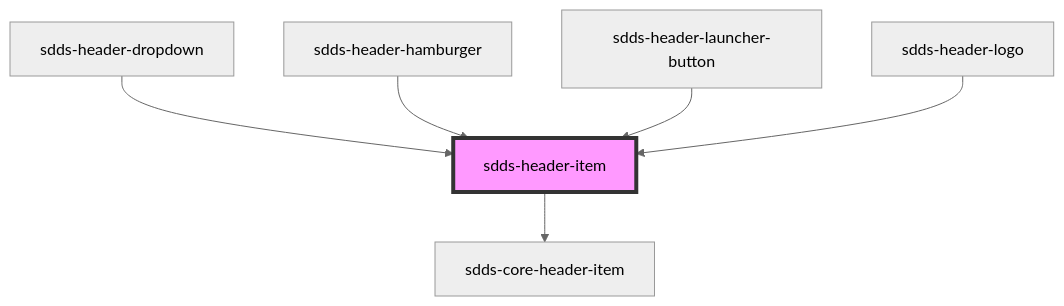
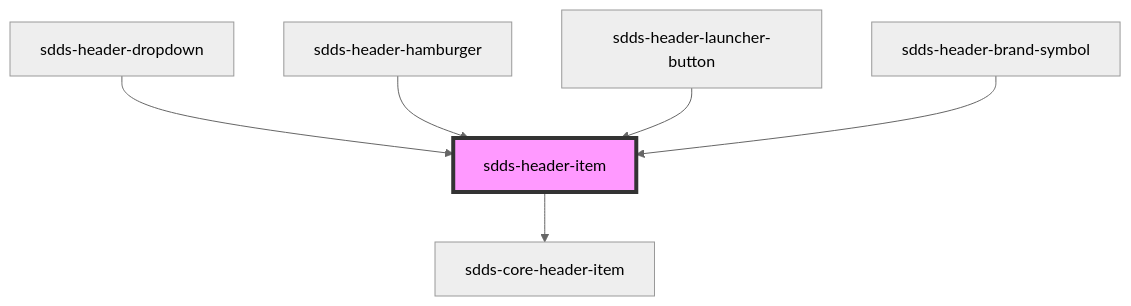
Before and after one commit to scania-digital-design-system/sdds: the diagram in tegel/src/components/header/webcomponent/header-item/readme.md, drawn with Mermaid (neutral theme). The commit also changed other lines of this file and 10 other files, not shown here.

Commit message:
feat(header): rename header-logo to header-brand-symbol

````diff
--- a/tegel/src/components/header/webcomponent/header-item/readme.md
+++ b/tegel/src/components/header/webcomponent/header-item/readme.md
@@ -60,9 +60,9 @@
 ```mermaid
 graph TD;
   sdds-header-item --> sdds-core-header-item
   sdds-header-dropdown --> sdds-header-item
   sdds-header-hamburger --> sdds-header-item
   sdds-header-launcher-button --> sdds-header-item
-  sdds-header-logo --> sdds-header-item
+  sdds-header-brand-symbol --> sdds-header-item
   style sdds-header-item fill:#f9f,stroke:#333,stroke-width:4px
 ```
````
